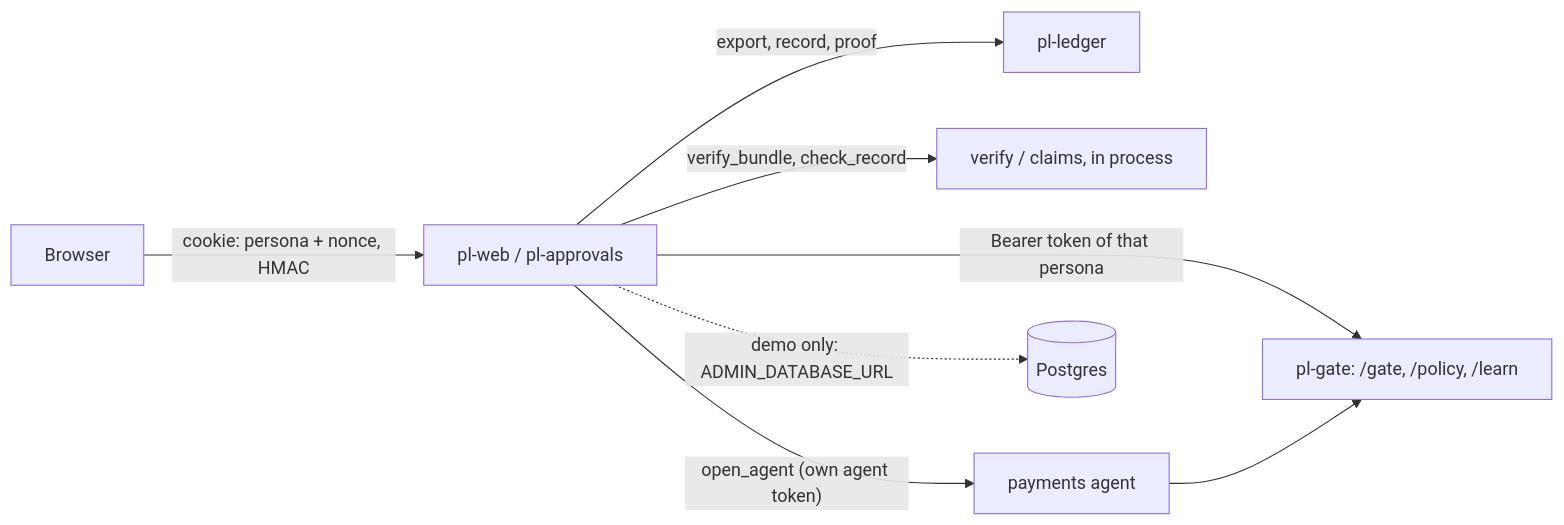
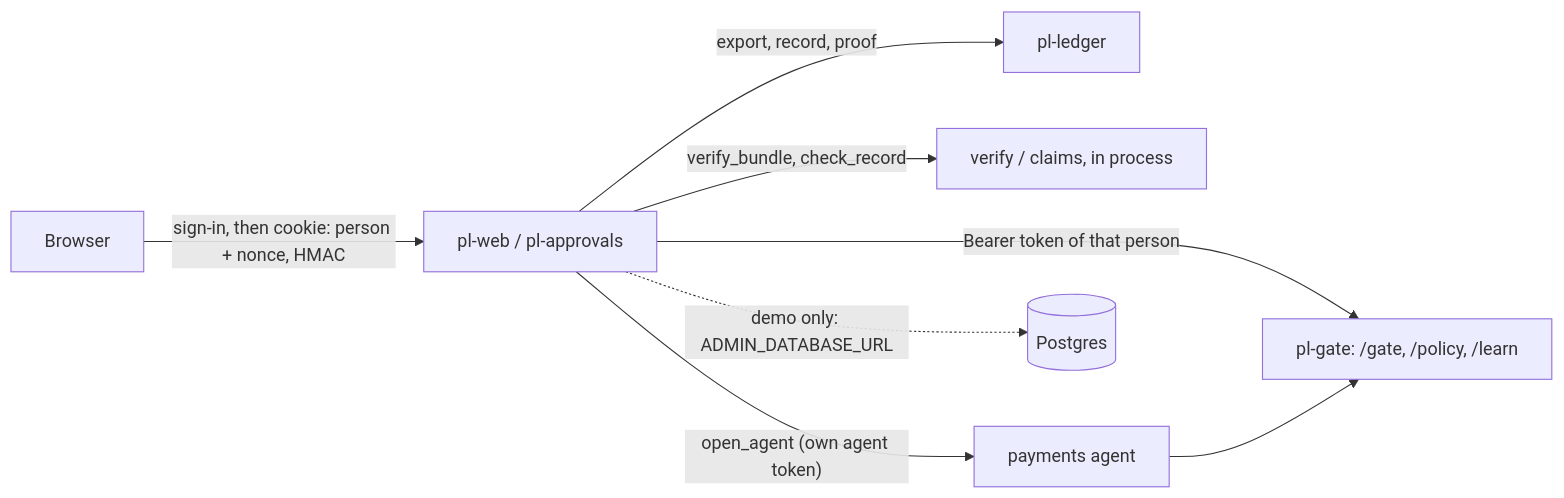
The diagram in docs/modules/web.md (mhafeezajh/precept-ledger-meta), drawn with Mermaid before and after one commit. The commit also changed other lines of this file and 27 other files, not shown here.

````diff
--- a/docs/modules/web.md
+++ b/docs/modules/web.md
@@ -39,10 +40,10 @@
 ```mermaid
 flowchart LR
-    B[Browser] -- "cookie: persona + nonce, HMAC" --> W[pl-web / pl-approvals]
-    W -- "Bearer token of that persona" --> G[pl-gate: /gate, /policy, /learn]
+    B[Browser] -- "sign-in, then cookie: person + nonce, HMAC" --> W[pl-web / pl-approvals]
+    W -- "Bearer token of that person" --> G[pl-gate: /gate, /policy, /learn]
     W -- "export, record, proof" --> L[pl-ledger]
     W -- "verify_bundle, check_record" --> V[verify / claims, in process]
     W -- "open_agent (own agent token)" --> A[payments agent]
     A --> G
     W -. "demo only: ADMIN_DATABASE_URL" .-> P[(Postgres)]
 ```
````
